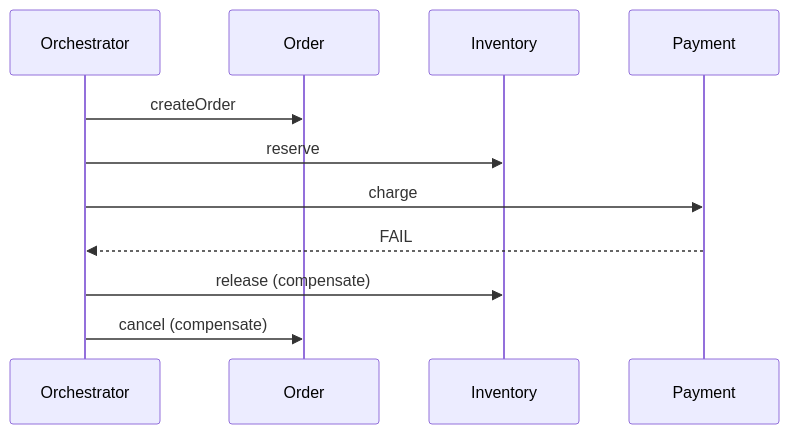
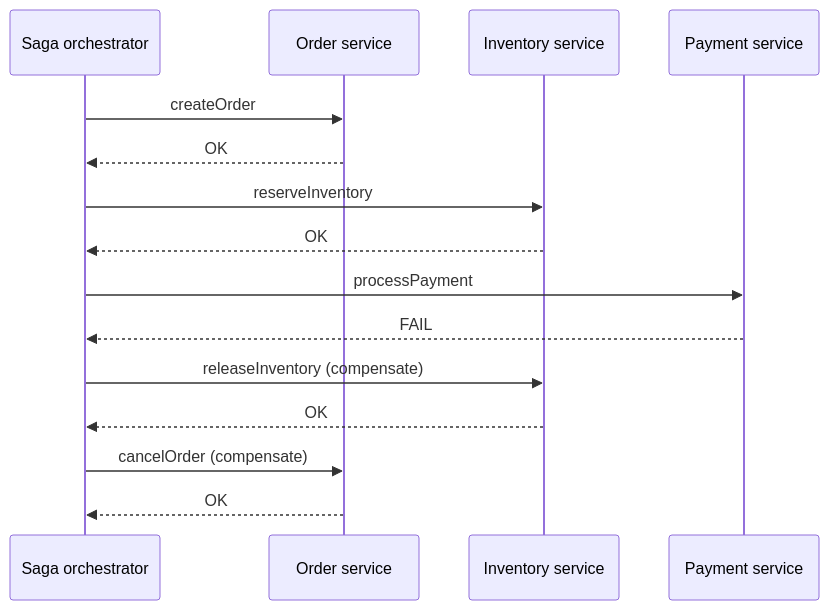
Diagram 28 of 28 in 08-microservices/README.md (hareramcse/SystemDesign), drawn with Mermaid before and after one commit. The commit also changed other lines of this file, not shown here.

````diff
--- a/08-microservices/README.md
+++ b/08-microservices/README.md
@@ -1697,14 +3138,18 @@
 ```mermaid
 sequenceDiagram
-    participant Orch as Orchestrator
-    participant O as Order
-    participant I as Inventory
-    participant P as Payment
+    participant Orch as Saga orchestrator
+    participant O as Order service
+    participant I as Inventory service
+    participant P as Payment service
 
     Orch->>O: createOrder
-    Orch->>I: reserve
-    Orch->>P: charge
+    O-->>Orch: OK
+    Orch->>I: reserveInventory
+    I-->>Orch: OK
+    Orch->>P: processPayment
     P-->>Orch: FAIL
-    Orch->>I: release (compensate)
-    Orch->>O: cancel (compensate)
+    Orch->>I: releaseInventory (compensate)
+    I-->>Orch: OK
+    Orch->>O: cancelOrder (compensate)
+    O-->>Orch: OK
 ```
````
